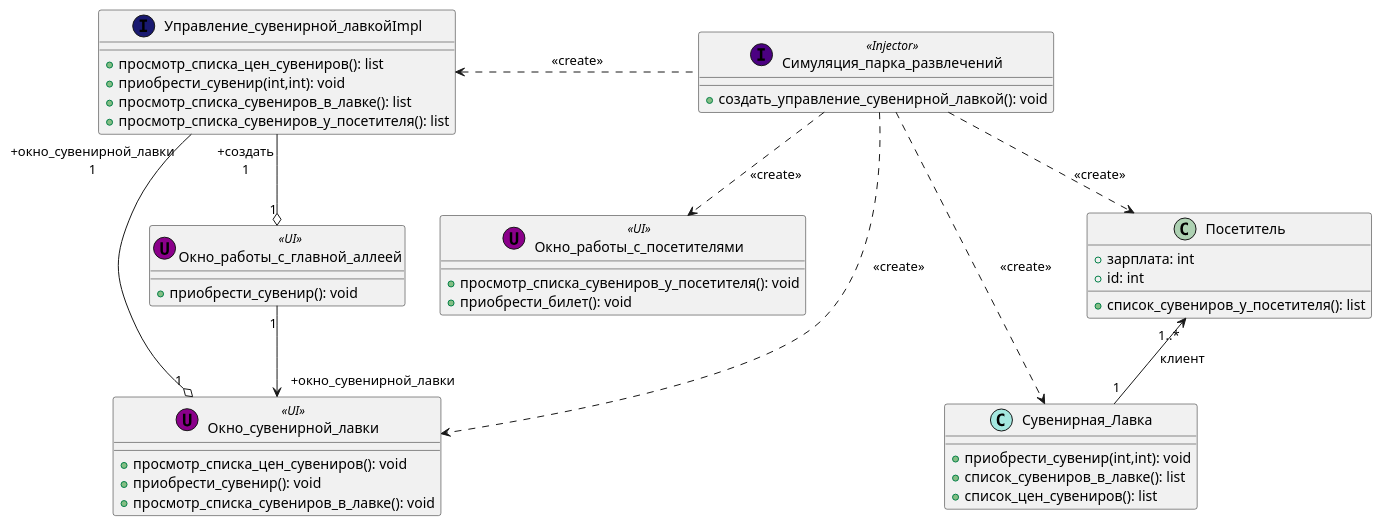
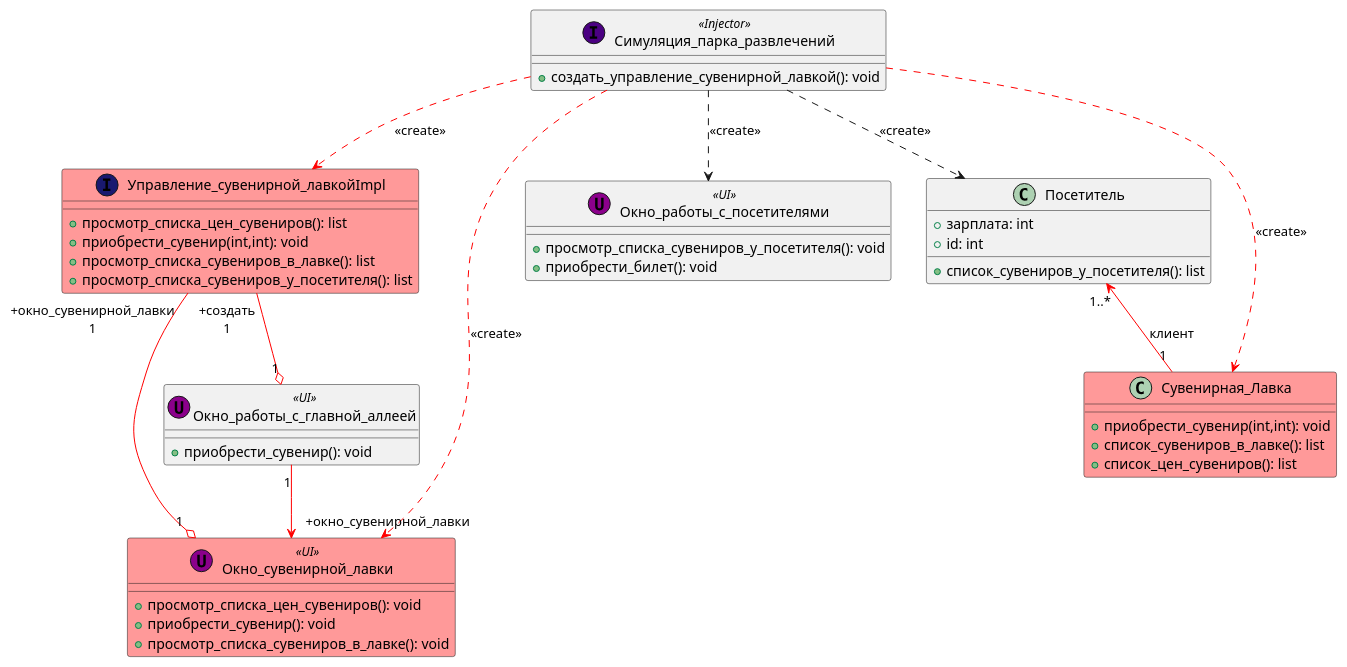
Before and after one commit to mzhirko/amusement-park: the diagram in description/diagrams/diagrams-ru/development-class/class-develop-souvenir-shop.wsd, drawn with PlantUML. The commit also changed 11 other files, not shown here.

Commit message:
Add colors to the development diagrams && LES FINALES

```diff
--- a/description/diagrams/diagrams-ru/development-class/class-develop-souvenir-shop.wsd
+++ b/description/diagrams/diagrams-ru/development-class/class-develop-souvenir-shop.wsd
@@ -1,49 +1,55 @@
 @startuml
-Симуляция_парка_развлечений .left.> Управление_сувенирной_лавкойImpl: <<create>>
-Симуляция_парка_развлечений ..> Окно_сувенирной_лавки: <<create>>
+Симуляция_парка_развлечений .[#red].> Управление_сувенирной_лавкойImpl: <<create>>
+Симуляция_парка_развлечений .[#red].> Окно_сувенирной_лавки: <<create>>
 Симуляция_парка_развлечений ..> Окно_работы_с_посетителями: <<create>>
 Симуляция_парка_развлечений ..> Посетитель: <<create>>
-Симуляция_парка_развлечений .> Сувенирная_Лавка: <<create>>
-Окно_работы_с_главной_аллеей "1" --> " +окно_сувенирной_лавки" Окно_сувенирной_лавки
-Управление_сувенирной_лавкойImpl " +окно_сувенирной_лавки\n 1" --o "1" Окно_сувенирной_лавки
-Управление_сувенирной_лавкойImpl " +создать\n 1" --o "1" Окно_работы_с_главной_аллеей
-Посетитель "1..*" <-- "1" Сувенирная_Лавка: клиент
+Симуляция_парка_развлечений .[#red].> Сувенирная_Лавка: <<create>>
+Окно_работы_с_главной_аллеей "1" -[#red]-> " +окно_сувенирной_лавки" Окно_сувенирной_лавки
+Управление_сувенирной_лавкойImpl " +окно_сувенирной_лавки\n 1" -[#red]-o "1" Окно_сувенирной_лавки
+Управление_сувенирной_лавкойImpl " +создать\n 1" -[#red]-o "1" Окно_работы_с_главной_аллеей
+Посетитель "1..*" <-[#red]- "1" Сувенирная_Лавка: клиент
 
 class Симуляция_парка_развлечений << (I,Indigo) Injector >> {
 + создать_управление_сувенирной_лавкой(): void
 }
 
 class Окно_сувенирной_лавки << (U,DarkMagenta) UI>> {
     + просмотр_списка_цен_сувениров(): void
     + приобрести_сувенир(): void
     + просмотр_списка_сувениров_в_лавке(): void
 }
 
 class Управление_сувенирной_лавкойImpl << (I,MidnightBlue) >> {
     + просмотр_списка_цен_сувениров(): list
     + приобрести_сувенир(int,int): void
     + просмотр_списка_сувениров_в_лавке(): list
     + просмотр_списка_сувениров_у_посетителя(): list
 }
 
 class Окно_работы_с_посетителями << (U,DarkMagenta) UI>> {
     + просмотр_списка_сувениров_у_посетителя(): void
     + приобрести_билет(): void
 }
 
 class Посетитель {
     + зарплата: int
     + id: int
     + список_сувениров_у_посетителя(): list
 }
 
-class Сувенирная_Лавка << (C,#a4e8e0) >> {
+class Сувенирная_Лавка #ff9999 {
     + приобрести_сувенир(int,int): void
     + список_сувениров_в_лавке(): list
     + список_цен_сувениров(): list
 }
 
 class Окно_работы_с_главной_аллеей << (U,DarkMagenta) UI>> {
     + приобрести_сувенир(): void
 }
+
+class Окно_сувенирной_лавки #ff9999 {
+}
+
+class Управление_сувенирной_лавкойImpl #ff9999 {
+}
 @enduml
```
